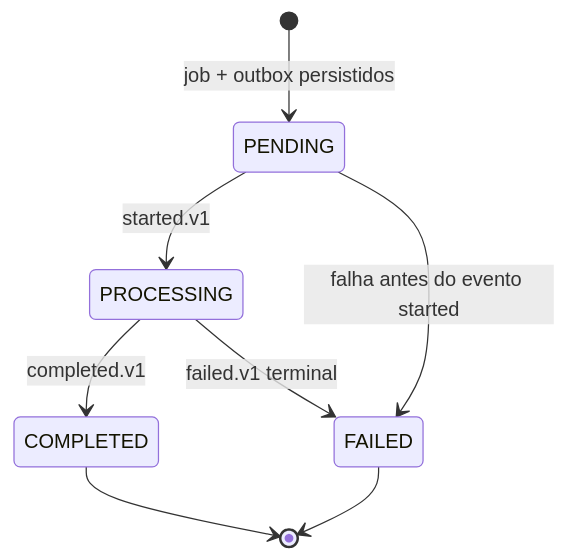
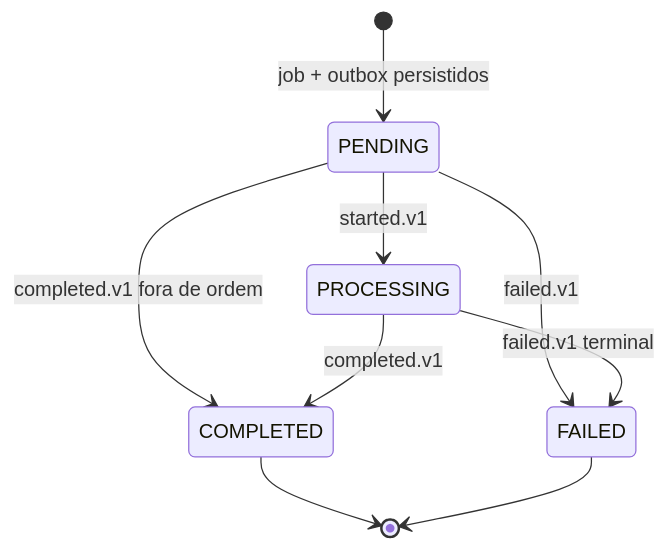
Before and after one commit to fiap-postech-team/fiapx-video-platform: the fifth of 7 diagrams in docs/architecture/architecture.md, drawn with Mermaid. The commit also changed other lines of this file and 38 other files, not shown here.

````diff
--- a/docs/architecture/architecture.md
+++ b/docs/architecture/architecture.md
@@ -127,10 +127,11 @@
 ```mermaid
 stateDiagram-v2
     [*] --> PENDING: job + outbox persistidos
     PENDING --> PROCESSING: started.v1
+    PENDING --> COMPLETED: completed.v1 fora de ordem
+    PENDING --> FAILED: failed.v1
     PROCESSING --> COMPLETED: completed.v1
     PROCESSING --> FAILED: failed.v1 terminal
-    PENDING --> FAILED: falha antes do evento started
     COMPLETED --> [*]
     FAILED --> [*]
 ```
````
